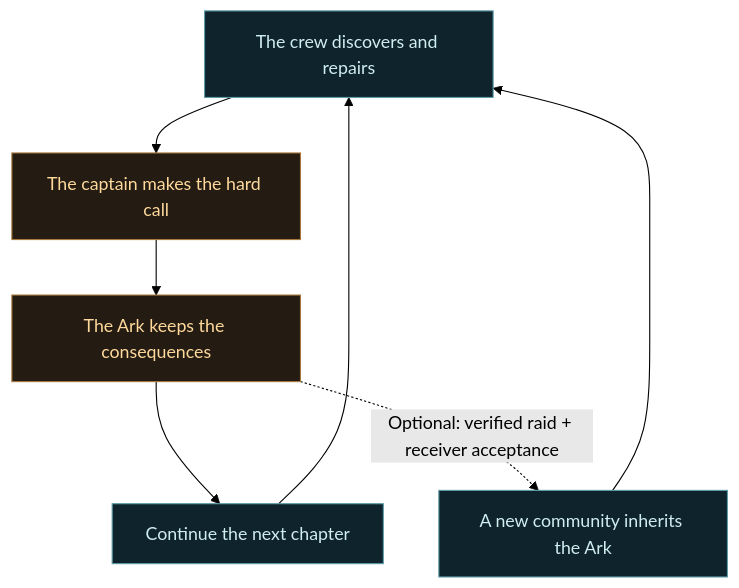
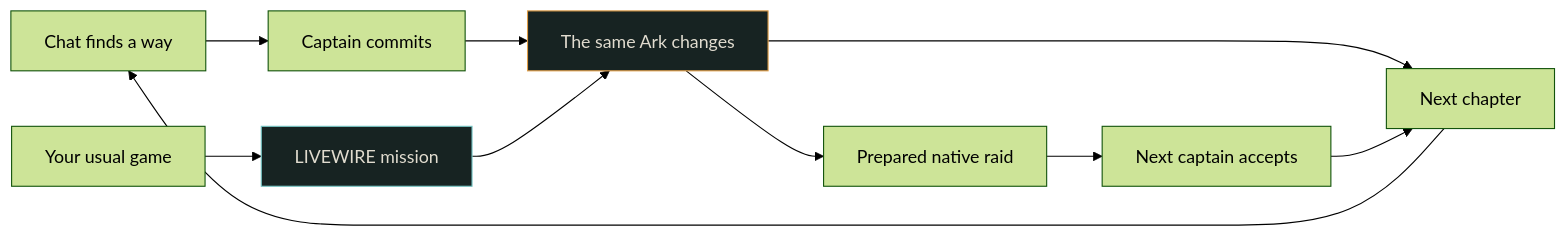
Before and after one commit to vighriday/TORCHLINE: the diagram in README.md, drawn with Mermaid (forest theme). The commit also changed other lines of this file and 123 other files, not shown here.

````diff
--- a/README.md
+++ b/README.md
@@ -124,13 +70,14 @@
 ```mermaid
-flowchart TB
-  Crew["The crew discovers and repairs"] --> Captain["The captain makes the hard call"]
-  Captain --> Ark["The Ark keeps the consequences"]
-  Ark --> Next["Continue the next chapter"]
-  Ark -. "Optional: verified raid + receiver acceptance" .-> Inherit["A new community inherits the Ark"]
-  Next --> Crew
-  Inherit --> Crew
-  classDef amber fill:#241b13,stroke:#a6793d,color:#ffda9c
-  classDef cyan fill:#0e232c,stroke:#5e9ca8,color:#d0edf0
-  class Captain,Ark amber
-  class Crew,Next,Inherit cyan
+flowchart LR
+  A[Chat finds a way] --> B[Captain commits]
+  B --> C[The same Ark changes]
+  C --> D[Next chapter]
+  D --> A
+  G[Your usual game] --> L[LIVEWIRE mission]
+  L --> C
+  C --> R[Prepared native raid]
+  R --> N[Next captain accepts]
+  N --> D
+  style C fill:#172322,stroke:#df9d47,color:#e1dccf
+  style L fill:#172322,stroke:#76c6c5,color:#e1dccf
 ```
````
